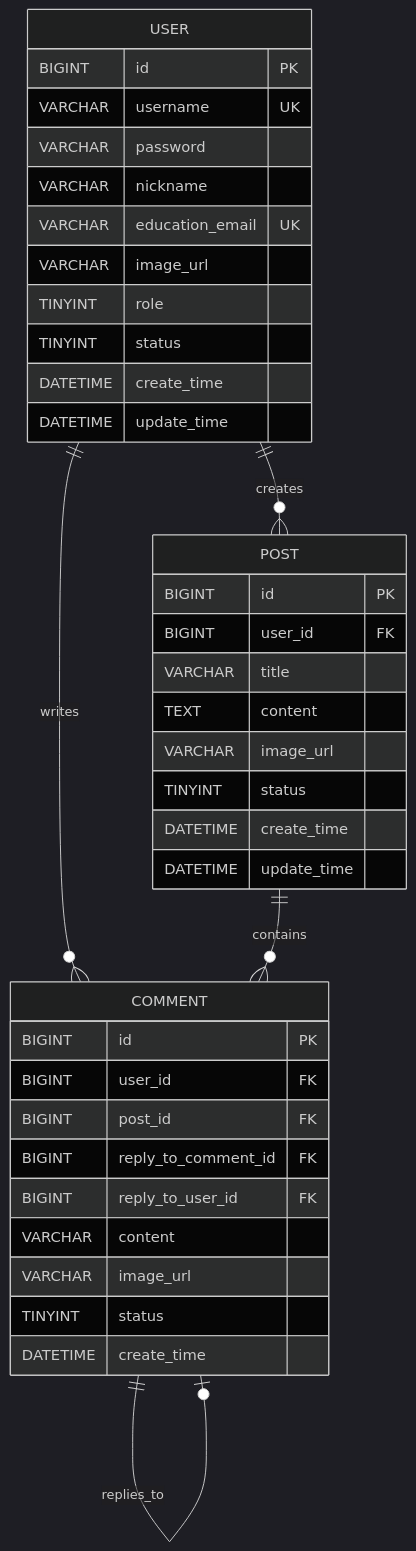
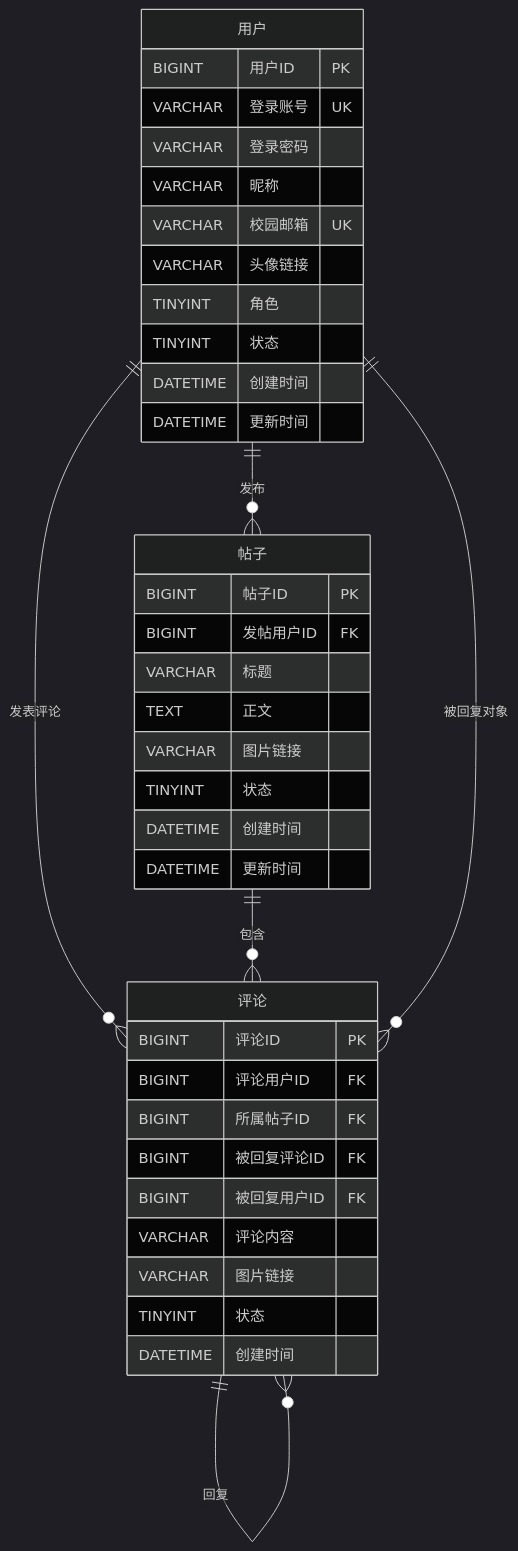
The diagram in doc/需求说明.md (userwq666/Nuist_CampusWall), drawn with Mermaid (dark theme) before and after one commit. The commit also changed 1 other file, not shown here.

Commit message:
更新

````diff
--- a/doc/需求说明.md
+++ b/doc/需求说明.md
@@ -102,43 +102,45 @@
 ```mermaid
 erDiagram
-    USER ||--o{ POST : creates
-    USER ||--o{ COMMENT : writes
-    POST ||--o{ COMMENT : contains
-    COMMENT ||--o| COMMENT : replies_to
-    
-    USER {
-        BIGINT id PK
-        VARCHAR username UK
-        VARCHAR password
-        VARCHAR nickname
-        VARCHAR education_email UK
-        VARCHAR image_url
-        TINYINT role
-        TINYINT status
-        DATETIME create_time
-        DATETIME update_time
+    用户 {
+        BIGINT 用户ID PK
+        VARCHAR 登录账号 UK
+        VARCHAR 登录密码
+        VARCHAR 昵称
+        VARCHAR 校园邮箱 UK
+        VARCHAR 头像链接
+        TINYINT 角色
+        TINYINT 状态
+        DATETIME 创建时间
+        DATETIME 更新时间
     }
-    
-    POST {
-        BIGINT id PK
-        BIGINT user_id FK
-        VARCHAR title
-        TEXT content
-        VARCHAR image_url
-        TINYINT status
-        DATETIME create_time
-        DATETIME update_time
+
+    帖子 {
+        BIGINT 帖子ID PK
+        BIGINT 发帖用户ID FK
+        VARCHAR 标题
+        TEXT 正文
+        VARCHAR 图片链接
+        TINYINT 状态
+        DATETIME 创建时间
+        DATETIME 更新时间
     }
-    
-    COMMENT {
-        BIGINT id PK
-        BIGINT user_id FK
-        BIGINT post_id FK
-        BIGINT reply_to_comment_id FK
-        BIGINT reply_to_user_id FK
-        VARCHAR content
-        VARCHAR image_url
-        TINYINT status
-        DATETIME create_time
+
+    评论 {
+        BIGINT 评论ID PK
+        BIGINT 评论用户ID FK
+        BIGINT 所属帖子ID FK
+        BIGINT 被回复评论ID FK
+        BIGINT 被回复用户ID FK
+        VARCHAR 评论内容
+        VARCHAR 图片链接
+        TINYINT 状态
+        DATETIME 创建时间
     }
+
+    用户 ||--o{ 帖子 : "发布"
+    用户 ||--o{ 评论 : "发表评论"
+    帖子 ||--o{ 评论 : "包含"
+    评论 ||--o{ 评论 : "回复"
+    用户 ||--o{ 评论 : "被回复对象"
+
 ```
````
